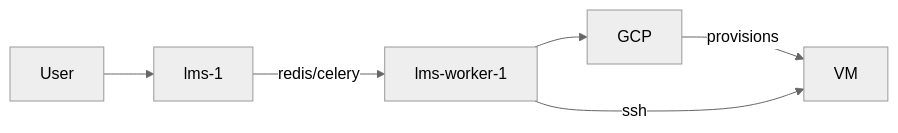
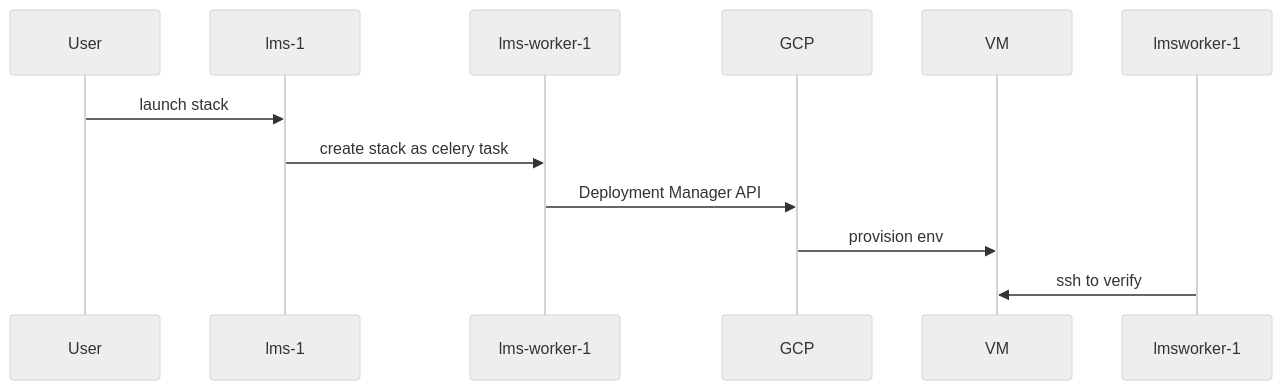
The first of 2 diagrams in README.md (JasonL888/hastexo-xblock), drawn with Mermaid (neutral theme) before and after one commit. The commit also changed other lines of this file, not shown here.

````diff
--- a/README.md
+++ b/README.md
@@ -72,8 +72,8 @@
 ```mermaid
-graph LR
-	User --> lms-1
-	lms-1 -- redis/celery --> lms-worker-1
-	lms-worker-1 --> GCP
-	GCP -- provisions --> VM
-	lms-worker-1 -- ssh --> VM
+sequenceDiagram
+	User->>lms-1: launch stack
+	lms-1->>lms-worker-1: create stack as celery task
+	lms-worker-1->>GCP: Deployment Manager API
+	GCP->>VM: provision env 
+	lmsworker-1->>VM: ssh to verify
 ```
````
